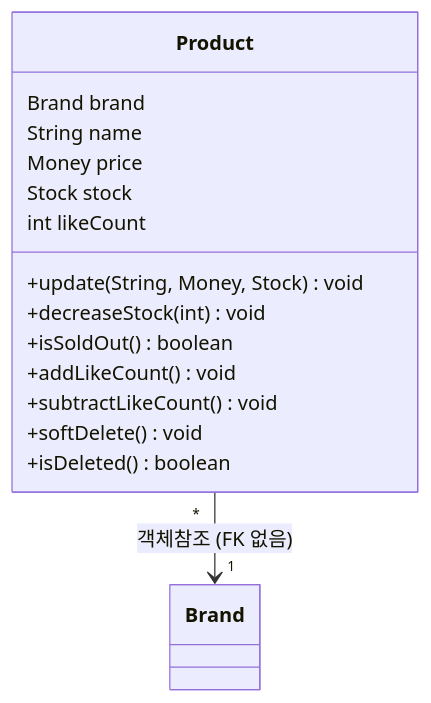
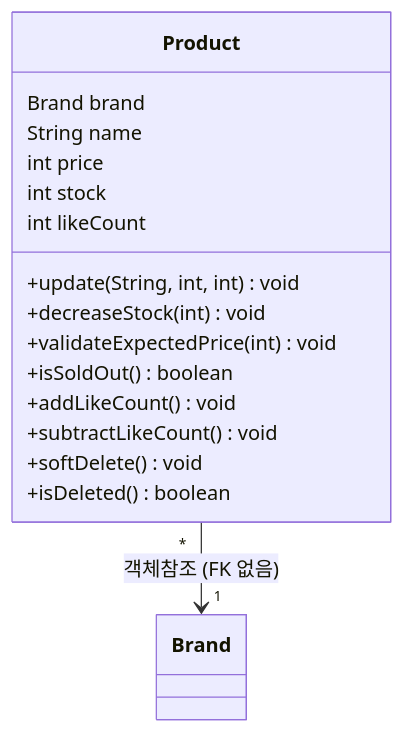
Before and after one commit to plan11plan/loop-pack-be-l2-vol3-java: the first of 2 diagrams in docs/design/product/DESIGN.md, drawn with Mermaid. The commit also changed other lines of this file and 4 other files, not shown here.

````diff
--- a/docs/design/product/DESIGN.md
+++ b/docs/design/product/DESIGN.md
@@ -125,19 +125,20 @@
 ```mermaid
 classDiagram
     class Product {
         Brand brand
         String name
-        Money price
-        Stock stock
+        int price
+        int stock
         int likeCount
-        +update(String, Money, Stock) void
+        +update(String, int, int) void
         +decreaseStock(int) void
+        +validateExpectedPrice(int) void
         +isSoldOut() boolean
         +addLikeCount() void
         +subtractLikeCount() void
         +softDelete() void
         +isDeleted() boolean
     }
 
     Product "*" --> "1" Brand : 객체참조 (FK 없음)
 ```
````
